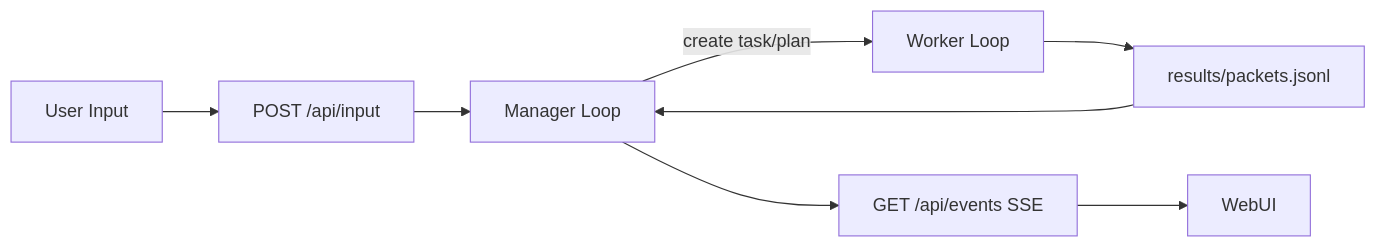
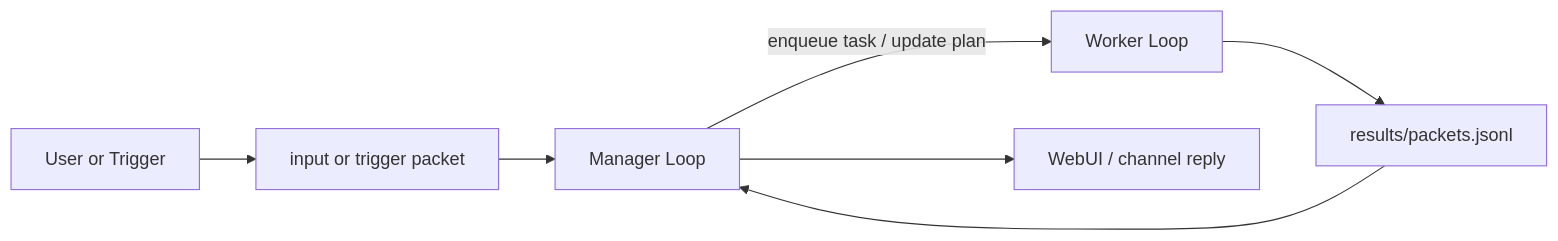
One commit to phonowell/mimikit changed the diagram in README.md. Above: the diagram before and after it, drawn with Mermaid. The commit also changed other lines of this file and 88 other files, not shown here.

````diff
--- a/README.md
+++ b/README.md
@@ -225,10 +166,9 @@
 ```mermaid
 flowchart LR
-  U[User Input] --> API[POST /api/input]
-  API --> M[Manager Loop]
-  M -->|create task/plan| W[Worker Loop]
+  U[User or Trigger] --> I[input or trigger packet]
+  I --> M[Manager Loop]
+  M -->|enqueue task / update plan| W[Worker Loop]
   W --> R[results/packets.jsonl]
   R --> M
-  M --> S[GET /api/events SSE]
-  S --> UI[WebUI]
+  M --> V[WebUI / channel reply]
 ```
````
